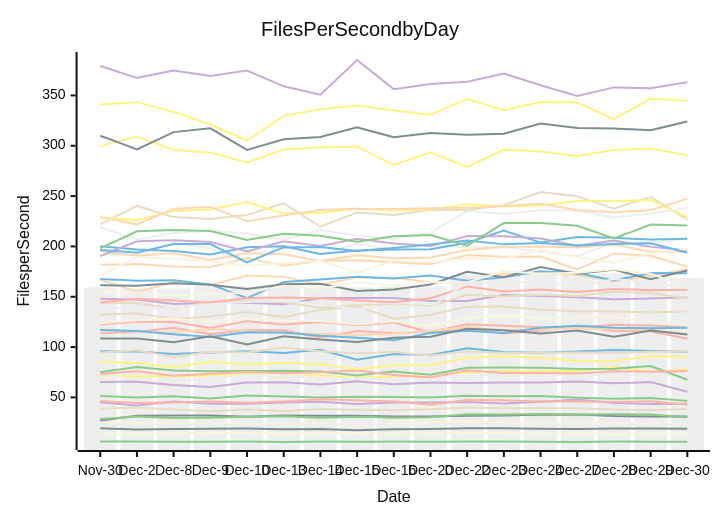
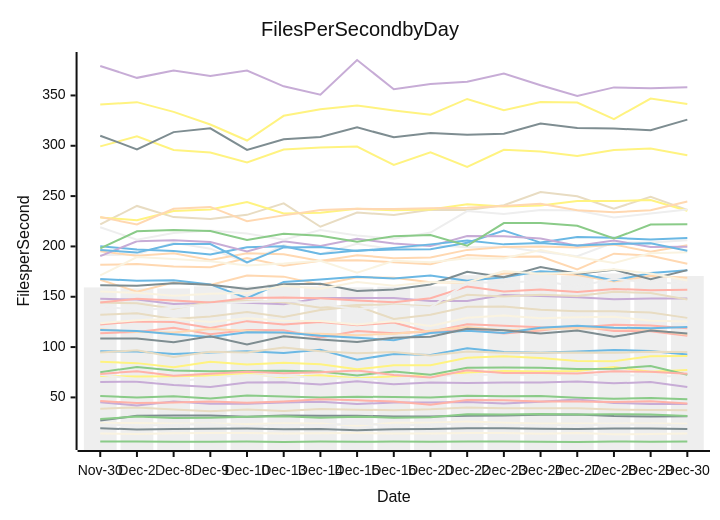
The diagram in perf-report.md (streetsidesoftware/cspell), drawn with Mermaid (neutral theme) before and after one commit. The commit also changed other lines of this file and 1 other file, not shown here.

````diff
--- a/perf-report.md
+++ b/perf-report.md
@@ -11,57 +11,57 @@
 ```mermaid
 xychart-beta
     title Files Per Second by Day
     y-axis Files per Second
     x-axis Date [Nov-30, Dec-2, Dec-8, Dec-9, Dec-10, Dec-13, Dec-14, Dec-15, Dec-16, Dec-20, Dec-22, Dec-23, Dec-24, Dec-27, Dec-28, Dec-29, Dec-30]
-    bar [159.25, 158.41, 158.24, 160.26, 160.13, 162.46, 160.30, 159.32, 159.99, 160.32, 171.41, 173.30, 173.54, 170.88, 173.10, 172.87, 168.48]
-    line [95.87, 95.57, 93.03, 94.71, 95.93, 94.05, 97.42, 87.40, 93.20, 92.02, 98.77, 95.06, 94.41, 95.55, 97.07, 96.22, 95.38]
-    line [51.36, 49.95, 51.18, 48.94, 51.93, 50.78, 49.91, 50.66, 50.34, 50.02, 51.61, 51.21, 51.38, 49.64, 48.60, 49.52, 46.55]
-    line [147.90, 147.19, 142.70, 144.08, 143.97, 142.44, 148.72, 148.74, 148.66, 145.81, 145.83, 151.65, 150.82, 149.41, 147.54, 148.32, 149.38]
-    line [38.80, 39.93, 37.87, 36.13, 38.10, 36.47, 38.38, 37.81, 37.32, 38.13, 39.99, 39.24, 39.22, 39.13, 37.99, 37.43, 38.42]
-    line [113.82, 115.04, 119.17, 112.82, 116.99, 116.61, 109.61, 115.93, 113.66, 115.36, 122.68, 121.26, 119.81, 119.36, 122.21, 121.33, 119.44]
-    line [71.28, 70.66, 70.99, 71.64, 73.38, 70.10, 71.99, 68.96, 71.11, 72.00, 74.62, 76.21, 75.66, 76.28, 80.16, 75.45, 77.68]
-    line [19.36, 18.09, 18.49, 18.92, 19.04, 18.41, 18.71, 17.35, 18.44, 18.66, 19.39, 19.24, 18.95, 18.61, 19.20, 19.16, 18.84]
-    line [166.84, 155.06, 164.08, 161.66, 171.02, 169.99, 161.97, 169.28, 168.79, 164.45, 163.90, 173.08, 173.52, 171.67, 165.07, 170.82, 177.29]
-    line [24.60, 24.46, 23.99, 23.97, 23.56, 24.27, 23.97, 21.89, 24.77, 24.75, 25.98, 24.78, 24.02, 24.07, 23.90, 24.05, 23.58]
-    line [23.32, 21.90, 22.93, 23.26, 21.71, 22.48, 22.26, 24.16, 21.86, 22.99, 23.86, 22.95, 22.15, 22.59, 22.93, 22.71, 22.61]
-    line [167.55, 165.94, 166.49, 162.27, 148.64, 164.74, 167.10, 169.90, 168.25, 171.20, 165.98, 169.49, 175.43, 173.51, 166.13, 173.69, 173.41]
-    line [6.16, 6.12, 6.00, 6.03, 6.11, 5.69, 6.12, 5.85, 6.27, 5.94, 6.19, 6.23, 6.06, 5.80, 6.19, 6.04, 6.01]
-    line [45.20, 42.00, 46.02, 43.67, 43.68, 45.02, 45.75, 43.43, 44.94, 44.85, 45.35, 43.98, 45.75, 48.03, 44.47, 43.53, 43.62]
-    line [94.57, 96.80, 90.09, 95.39, 94.62, 99.56, 95.79, 93.99, 95.03, 91.66, 95.50, 94.32, 94.29, 94.73, 94.34, 95.29, 95.78]
-    line [122.51, 125.41, 124.96, 118.90, 125.77, 122.50, 124.97, 121.63, 124.44, 114.40, 117.66, 113.42, 116.57, 120.86, 116.04, 115.61, 108.26]
-    line [340.91, 343.35, 333.69, 321.17, 305.21, 329.78, 336.28, 339.96, 335.03, 330.81, 346.52, 335.23, 343.48, 342.97, 326.49, 346.96, 344.48]
-    line [27.01, 31.76, 31.99, 31.99, 30.84, 32.08, 31.89, 31.67, 31.01, 31.00, 31.79, 31.95, 32.72, 33.00, 31.56, 31.04, 30.91]
-    line [117.71, 115.04, 114.43, 117.93, 116.17, 113.85, 113.19, 111.86, 113.23, 116.22, 119.95, 116.76, 117.75, 118.71, 118.58, 117.32, 112.76]
-    line [14.21, 13.55, 14.37, 14.53, 14.61, 14.25, 14.42, 14.66, 14.20, 14.14, 14.58, 14.66, 13.81, 14.51, 13.39, 13.58, 14.21]
-    line [191.43, 192.21, 203.69, 197.75, 183.65, 201.42, 192.31, 202.71, 196.90, 201.49, 199.06, 199.67, 194.62, 190.28, 203.79, 203.98, 207.57]
-    line [200.07, 197.01, 195.46, 191.88, 199.25, 200.18, 192.55, 195.85, 196.96, 197.31, 203.68, 215.88, 203.82, 209.47, 208.55, 206.80, 207.57]
-    line [28.47, 31.13, 29.50, 29.81, 30.70, 31.34, 29.78, 30.86, 29.89, 30.20, 33.22, 32.90, 33.40, 32.96, 33.38, 32.90, 30.34]
-    line [65.22, 65.65, 62.39, 60.36, 64.84, 65.11, 62.93, 65.98, 63.02, 64.70, 64.39, 64.92, 64.92, 65.76, 63.97, 65.18, 55.70]
-    line [132.15, 133.58, 127.82, 130.48, 134.87, 129.94, 136.83, 140.59, 128.00, 132.13, 140.04, 140.36, 136.98, 135.57, 135.50, 134.25, 135.62]
-    line [46.33, 44.42, 44.87, 45.90, 44.67, 46.00, 48.05, 47.07, 45.85, 42.75, 47.52, 47.21, 45.81, 45.88, 45.34, 46.09, 43.03]
-    line [299.40, 309.39, 295.84, 293.27, 283.38, 296.25, 298.40, 299.27, 280.90, 293.45, 278.89, 296.00, 294.23, 289.77, 295.71, 297.33, 290.51]
-    line [161.43, 161.03, 163.37, 162.01, 157.69, 162.41, 162.92, 155.61, 157.24, 162.25, 174.81, 169.46, 179.44, 172.82, 176.92, 167.34, 176.01]
-    line [195.25, 190.71, 193.15, 186.55, 193.19, 192.23, 185.43, 191.26, 188.26, 189.10, 196.56, 199.42, 199.83, 198.90, 201.82, 194.83, 194.79]
-    line [123.73, 126.68, 128.02, 124.91, 128.75, 126.25, 125.99, 122.54, 125.77, 120.95, 129.07, 131.35, 128.71, 129.73, 130.21, 126.25, 121.31]
-    line [72.49, 68.01, 65.32, 69.78, 72.32, 70.99, 69.49, 68.20, 68.29, 71.18, 72.28, 72.81, 72.16, 72.22, 72.29, 71.63, 71.60]
-    line [117.05, 115.87, 112.86, 110.11, 114.79, 114.58, 111.22, 109.33, 106.79, 113.91, 116.30, 113.89, 119.27, 121.25, 119.32, 118.60, 119.32]
-    line [75.06, 80.27, 76.65, 75.94, 76.12, 76.57, 75.62, 71.86, 75.70, 72.52, 79.52, 79.75, 79.57, 78.19, 78.53, 81.17, 67.58]
-    line [190.41, 205.06, 206.03, 204.37, 194.91, 205.14, 200.36, 207.64, 202.85, 200.31, 210.29, 210.04, 207.76, 200.78, 205.77, 199.55, 196.14]
-    line [221.81, 240.23, 229.14, 227.27, 231.37, 242.80, 219.56, 233.62, 231.32, 236.32, 236.26, 240.94, 253.96, 249.85, 237.45, 249.30, 226.59]
-    line [73.35, 76.02, 71.59, 73.55, 75.54, 73.95, 75.07, 76.77, 72.26, 69.84, 77.03, 74.27, 74.27, 73.83, 75.96, 75.41, 76.19]
-    line [228.65, 226.03, 235.13, 236.77, 244.11, 232.83, 233.41, 237.39, 235.87, 236.73, 241.85, 239.59, 240.67, 245.15, 245.04, 246.20, 229.22]
-    line [310.02, 296.47, 313.58, 317.30, 295.96, 306.54, 308.67, 318.29, 308.47, 312.68, 311.01, 311.87, 322.19, 317.56, 317.24, 315.38, 324.07]
-    line [181.77, 182.47, 179.95, 179.31, 188.38, 180.77, 185.77, 186.35, 184.33, 182.33, 191.53, 189.75, 189.98, 177.07, 192.83, 190.79, 179.99]
-    line [171.17, 189.43, 187.46, 185.27, 181.05, 182.93, 185.74, 173.94, 185.68, 184.19, 188.28, 188.11, 196.54, 189.53, 183.55, 193.13, 197.45]
-    line [219.09, 206.67, 213.42, 215.72, 212.77, 206.57, 216.35, 210.81, 207.51, 213.81, 235.09, 232.12, 236.13, 235.71, 228.72, 232.65, 238.22]
-    line [196.53, 193.86, 202.32, 202.37, 184.12, 199.02, 199.50, 195.58, 198.56, 202.04, 205.76, 202.04, 203.32, 201.04, 202.44, 203.10, 193.69]
-    line [198.01, 215.07, 216.21, 215.29, 206.31, 212.61, 210.51, 204.56, 210.18, 211.34, 200.66, 223.22, 223.16, 220.54, 207.84, 221.69, 220.67]
-    line [379.23, 367.49, 374.69, 369.34, 374.83, 359.05, 350.76, 385.22, 356.23, 361.41, 363.52, 371.74, 360.07, 349.58, 358.00, 357.09, 363.09]
-    line [144.20, 143.55, 138.09, 144.82, 146.07, 144.49, 139.02, 141.78, 142.36, 140.50, 151.95, 150.33, 152.02, 150.72, 154.90, 153.82, 148.27]
-    line [144.17, 148.12, 146.38, 144.41, 148.76, 149.26, 148.44, 146.25, 144.57, 148.51, 160.26, 155.20, 157.30, 154.76, 157.76, 156.45, 156.96]
-    line [85.49, 84.05, 80.02, 85.30, 82.71, 84.32, 82.91, 77.95, 81.87, 81.89, 89.30, 90.84, 89.17, 86.07, 86.04, 90.94, 90.68]
-    line [108.62, 108.44, 104.81, 110.68, 102.65, 110.81, 107.51, 105.11, 109.29, 110.23, 118.20, 116.66, 113.51, 116.56, 110.18, 116.43, 112.54]
-    line [229.18, 221.75, 237.38, 239.25, 224.99, 230.85, 236.16, 237.46, 237.06, 237.81, 238.36, 240.26, 242.42, 235.97, 234.05, 235.94, 247.49]
-    line [155.13, 153.99, 150.95, 152.99, 153.72, 160.91, 157.90, 164.74, 161.04, 164.69, 164.20, 175.57, 172.74, 173.87, 177.24, 172.99, 159.68]
-    line [140.89, 136.51, 139.19, 142.56, 144.70, 146.06, 142.91, 137.61, 141.27, 139.39, 164.22, 164.25, 165.65, 160.55, 167.52, 164.35, 158.66]
+    bar [159.25, 158.41, 158.24, 160.26, 160.13, 162.46, 160.30, 159.32, 159.99, 160.32, 171.41, 173.30, 173.54, 170.88, 173.10, 172.87, 170.63]
+    line [95.87, 95.57, 93.03, 94.71, 95.93, 94.05, 97.42, 87.40, 93.20, 92.02, 98.77, 95.06, 94.41, 95.55, 97.07, 96.22, 92.57]
+    line [51.36, 49.95, 51.18, 48.94, 51.93, 50.78, 49.91, 50.66, 50.34, 50.02, 51.61, 51.21, 51.38, 49.64, 48.60, 49.52, 48.09]
+    line [147.90, 147.19, 142.70, 144.08, 143.97, 142.44, 148.72, 148.74, 148.66, 145.81, 145.83, 151.65, 150.82, 149.41, 147.54, 148.32, 148.24]
+    line [38.80, 39.93, 37.87, 36.13, 38.10, 36.47, 38.38, 37.81, 37.32, 38.13, 39.99, 39.24, 39.22, 39.13, 37.99, 37.43, 37.30]
+    line [113.82, 115.04, 119.17, 112.82, 116.99, 116.61, 109.61, 115.93, 113.66, 115.36, 122.68, 121.26, 119.81, 119.36, 122.21, 121.33, 118.71]
+    line [71.28, 70.66, 70.99, 71.64, 73.38, 70.10, 71.99, 68.96, 71.11, 72.00, 74.62, 76.21, 75.66, 76.28, 80.16, 75.45, 77.29]
+    line [19.36, 18.09, 18.49, 18.92, 19.04, 18.41, 18.71, 17.35, 18.44, 18.66, 19.39, 19.24, 18.95, 18.61, 19.20, 19.16, 18.64]
+    line [166.84, 155.06, 164.08, 161.66, 171.02, 169.99, 161.97, 169.28, 168.79, 164.45, 163.90, 173.08, 173.52, 171.67, 165.07, 170.82, 168.89]
+    line [24.60, 24.46, 23.99, 23.97, 23.56, 24.27, 23.97, 21.89, 24.77, 24.75, 25.98, 24.78, 24.02, 24.07, 23.90, 24.05, 23.79]
+    line [23.32, 21.90, 22.93, 23.26, 21.71, 22.48, 22.26, 24.16, 21.86, 22.99, 23.86, 22.95, 22.15, 22.59, 22.93, 22.71, 21.96]
+    line [167.55, 165.94, 166.49, 162.27, 148.64, 164.74, 167.10, 169.90, 168.25, 171.20, 165.98, 169.49, 175.43, 173.51, 166.13, 173.69, 176.28]
+    line [6.16, 6.12, 6.00, 6.03, 6.11, 5.69, 6.12, 5.85, 6.27, 5.94, 6.19, 6.23, 6.06, 5.80, 6.19, 6.04, 6.09]
+    line [45.20, 42.00, 46.02, 43.67, 43.68, 45.02, 45.75, 43.43, 44.94, 44.85, 45.35, 43.98, 45.75, 48.03, 44.47, 43.53, 43.39]
+    line [94.57, 96.80, 90.09, 95.39, 94.62, 99.56, 95.79, 93.99, 95.03, 91.66, 95.50, 94.32, 94.29, 94.73, 94.34, 95.29, 95.11]
+    line [122.51, 125.41, 124.96, 118.90, 125.77, 122.50, 124.97, 121.63, 124.44, 114.40, 117.66, 113.42, 116.57, 120.86, 116.04, 115.61, 111.25]
+    line [340.91, 343.35, 333.69, 321.17, 305.21, 329.78, 336.28, 339.96, 335.03, 330.81, 346.52, 335.23, 343.48, 342.97, 326.49, 346.96, 341.41]
+    line [27.01, 31.76, 31.99, 31.99, 30.84, 32.08, 31.89, 31.67, 31.01, 31.00, 31.79, 31.95, 32.72, 33.00, 31.56, 31.04, 31.19]
+    line [117.71, 115.04, 114.43, 117.93, 116.17, 113.85, 113.19, 111.86, 113.23, 116.22, 119.95, 116.76, 117.75, 118.71, 118.58, 117.32, 112.42]
+    line [14.21, 13.55, 14.37, 14.53, 14.61, 14.25, 14.42, 14.66, 14.20, 14.14, 14.58, 14.66, 13.81, 14.51, 13.39, 13.58, 14.12]
+    line [191.43, 192.21, 203.69, 197.75, 183.65, 201.42, 192.31, 202.71, 196.90, 201.49, 199.06, 199.67, 194.62, 190.28, 203.79, 203.98, 206.16]
+    line [200.07, 197.01, 195.46, 191.88, 199.25, 200.18, 192.55, 195.85, 196.96, 197.31, 203.68, 215.88, 203.82, 209.47, 208.55, 206.80, 208.32]
+    line [28.47, 31.13, 29.50, 29.81, 30.70, 31.34, 29.78, 30.86, 29.89, 30.20, 33.22, 32.90, 33.40, 32.96, 33.38, 32.90, 31.64]
+    line [65.22, 65.65, 62.39, 60.36, 64.84, 65.11, 62.93, 65.98, 63.02, 64.70, 64.39, 64.92, 64.92, 65.76, 63.97, 65.18, 60.36]
+    line [132.15, 133.58, 127.82, 130.48, 134.87, 129.94, 136.83, 140.59, 128.00, 132.13, 140.04, 140.36, 136.98, 135.57, 135.50, 134.25, 129.01]
+    line [46.33, 44.42, 44.87, 45.90, 44.67, 46.00, 48.05, 47.07, 45.85, 42.75, 47.52, 47.21, 45.81, 45.88, 45.34, 46.09, 44.04]
+    line [299.40, 309.39, 295.84, 293.27, 283.38, 296.25, 298.40, 299.27, 280.90, 293.45, 278.89, 296.00, 294.23, 289.77, 295.71, 297.33, 290.64]
+    line [161.43, 161.03, 163.37, 162.01, 157.69, 162.41, 162.92, 155.61, 157.24, 162.25, 174.81, 169.46, 179.44, 172.82, 176.92, 167.34, 176.43]
+    line [195.25, 190.71, 193.15, 186.55, 193.19, 192.23, 185.43, 191.26, 188.26, 189.10, 196.56, 199.42, 199.83, 198.90, 201.82, 194.83, 201.20]
+    line [123.73, 126.68, 128.02, 124.91, 128.75, 126.25, 125.99, 122.54, 125.77, 120.95, 129.07, 131.35, 128.71, 129.73, 130.21, 126.25, 125.32]
+    line [72.49, 68.01, 65.32, 69.78, 72.32, 70.99, 69.49, 68.20, 68.29, 71.18, 72.28, 72.81, 72.16, 72.22, 72.29, 71.63, 70.43]
+    line [117.05, 115.87, 112.86, 110.11, 114.79, 114.58, 111.22, 109.33, 106.79, 113.91, 116.30, 113.89, 119.27, 121.25, 119.32, 118.60, 119.88]
+    line [75.06, 80.27, 76.65, 75.94, 76.12, 76.57, 75.62, 71.86, 75.70, 72.52, 79.52, 79.75, 79.57, 78.19, 78.53, 81.17, 72.47]
+    line [190.41, 205.06, 206.03, 204.37, 194.91, 205.14, 200.36, 207.64, 202.85, 200.31, 210.29, 210.04, 207.76, 200.78, 205.77, 199.55, 199.57]
+    line [221.81, 240.23, 229.14, 227.27, 231.37, 242.80, 219.56, 233.62, 231.32, 236.32, 236.26, 240.94, 253.96, 249.85, 237.45, 249.30, 236.26]
+    line [73.35, 76.02, 71.59, 73.55, 75.54, 73.95, 75.07, 76.77, 72.26, 69.84, 77.03, 74.27, 74.27, 73.83, 75.96, 75.41, 73.52]
+    line [228.65, 226.03, 235.13, 236.77, 244.11, 232.83, 233.41, 237.39, 235.87, 236.73, 241.85, 239.59, 240.67, 245.15, 245.04, 246.20, 235.52]
+    line [310.02, 296.47, 313.58, 317.30, 295.96, 306.54, 308.67, 318.29, 308.47, 312.68, 311.01, 311.87, 322.19, 317.56, 317.24, 315.38, 325.99]
+    line [181.77, 182.47, 179.95, 179.31, 188.38, 180.77, 185.77, 186.35, 184.33, 182.33, 191.53, 189.75, 189.98, 177.07, 192.83, 190.79, 182.79]
+    line [171.17, 189.43, 187.46, 185.27, 181.05, 182.93, 185.74, 173.94, 185.68, 184.19, 188.28, 188.11, 196.54, 189.53, 183.55, 193.13, 194.30]
+    line [219.09, 206.67, 213.42, 215.72, 212.77, 206.57, 216.35, 210.81, 207.51, 213.81, 235.09, 232.12, 236.13, 235.71, 228.72, 232.65, 236.79]
+    line [196.53, 193.86, 202.32, 202.37, 184.12, 199.02, 199.50, 195.58, 198.56, 202.04, 205.76, 202.04, 203.32, 201.04, 202.44, 203.10, 195.80]
+    line [198.01, 215.07, 216.21, 215.29, 206.31, 212.61, 210.51, 204.56, 210.18, 211.34, 200.66, 223.22, 223.16, 220.54, 207.84, 221.69, 222.09]
+    line [379.23, 367.49, 374.69, 369.34, 374.83, 359.05, 350.76, 385.22, 356.23, 361.41, 363.52, 371.74, 360.07, 349.58, 358.00, 357.09, 358.22]
+    line [144.20, 143.55, 138.09, 144.82, 146.07, 144.49, 139.02, 141.78, 142.36, 140.50, 151.95, 150.33, 152.02, 150.72, 154.90, 153.82, 147.24]
+    line [144.17, 148.12, 146.38, 144.41, 148.76, 149.26, 148.44, 146.25, 144.57, 148.51, 160.26, 155.20, 157.30, 154.76, 157.76, 156.45, 156.97]
+    line [85.49, 84.05, 80.02, 85.30, 82.71, 84.32, 82.91, 77.95, 81.87, 81.89, 89.30, 90.84, 89.17, 86.07, 86.04, 90.94, 91.20]
+    line [108.62, 108.44, 104.81, 110.68, 102.65, 110.81, 107.51, 105.11, 109.29, 110.23, 118.20, 116.66, 113.51, 116.56, 110.18, 116.43, 113.57]
+    line [229.18, 221.75, 237.38, 239.25, 224.99, 230.85, 236.16, 237.46, 237.06, 237.81, 238.36, 240.26, 242.42, 235.97, 234.05, 235.94, 244.60]
+    line [155.13, 153.99, 150.95, 152.99, 153.72, 160.91, 157.90, 164.74, 161.04, 164.69, 164.20, 175.57, 172.74, 173.87, 177.24, 172.99, 166.08]
+    line [140.89, 136.51, 139.19, 142.56, 144.70, 146.06, 142.91, 137.61, 141.27, 139.39, 164.22, 164.25, 165.65, 160.55, 167.52, 164.35, 162.61]
 ```
````
